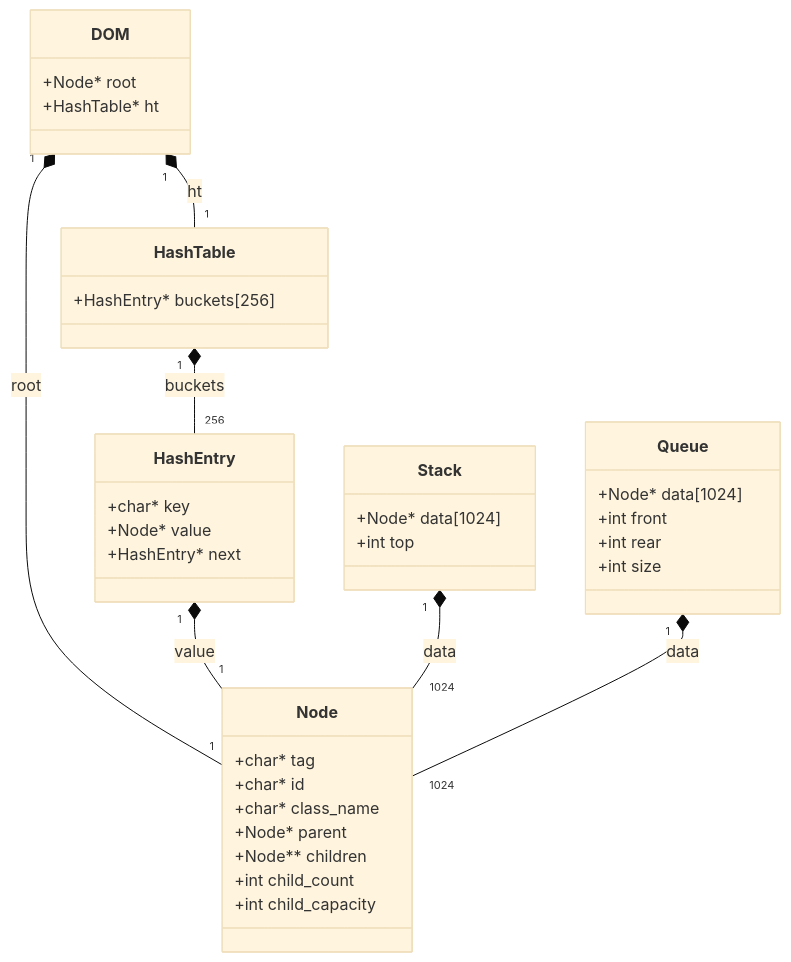
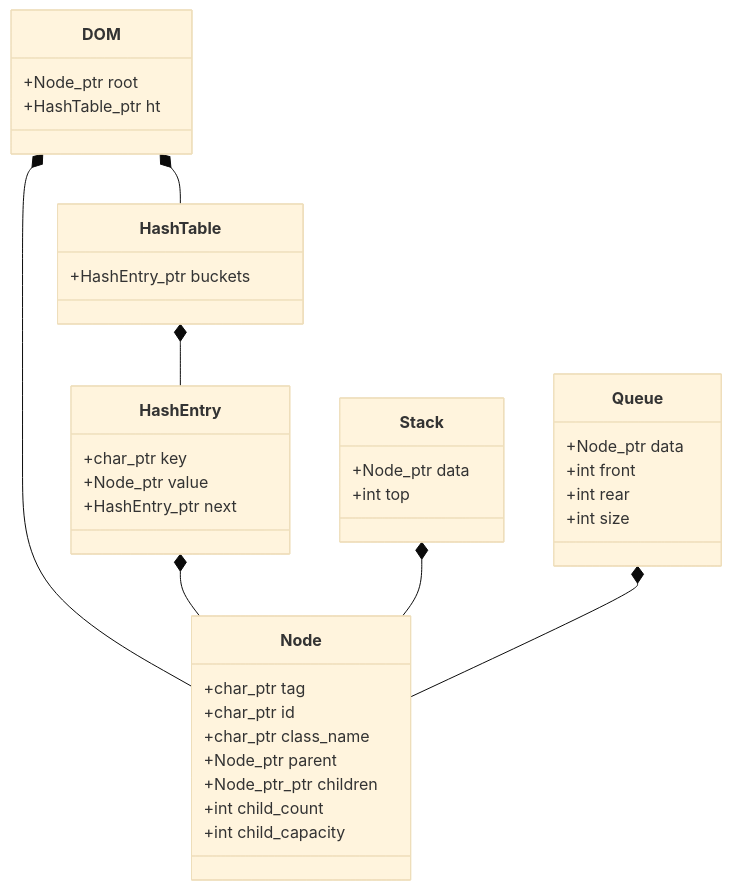
One commit to BerkanKayrakoglu/VeriYapilari_DOM_Tree changed the second of 2 diagrams in RAPOR.md. Above: the diagram before and after it, drawn with Mermaid (base theme). The commit also changed other lines of this file, not shown here.

Commit message:
fix(report): fix Mermaid syntax for diagrams to render on GitHub

````diff
--- a/RAPOR.md
+++ b/RAPOR.md
@@ -70,46 +70,46 @@
 ```mermaid
 classDiagram
+    DOM *-- Node
+    DOM *-- HashTable
+    HashTable *-- HashEntry
+    HashEntry *-- Node
+    Stack *-- Node
+    Queue *-- Node
+
     class Node {
-        +char* tag
-        +char* id
-        +char* class_name
-        +Node* parent
-        +Node** children
+        +char_ptr tag
+        +char_ptr id
+        +char_ptr class_name
+        +Node_ptr parent
+        +Node_ptr_ptr children
         +int child_count
         +int child_capacity
     }
 
     class DOM {
-        +Node* root
-        +HashTable* ht
+        +Node_ptr root
+        +HashTable_ptr ht
     }
 
     class HashTable {
-        +HashEntry* buckets[256]
+        +HashEntry_ptr buckets
     }
 
     class HashEntry {
-        +char* key
-        +Node* value
-        +HashEntry* next
+        +char_ptr key
+        +Node_ptr value
+        +HashEntry_ptr next
     }
 
     class Stack {
-        +Node* data[1024]
+        +Node_ptr data
         +int top
     }
 
     class Queue {
-        +Node* data[1024]
+        +Node_ptr data
         +int front
         +int rear
         +int size
     }
-
-    DOM "1" *-- "1" Node : root
-    DOM "1" *-- "1" HashTable : ht
-    HashTable "1" *-- "256" HashEntry : buckets
-    HashEntry "1" *-- "1" Node : value
-    Stack "1" *-- "1024" Node : data
-    Queue "1" *-- "1024" Node : data
 ```
````
